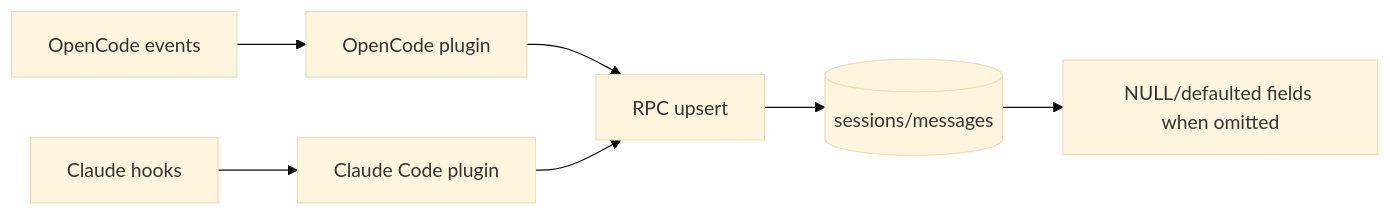
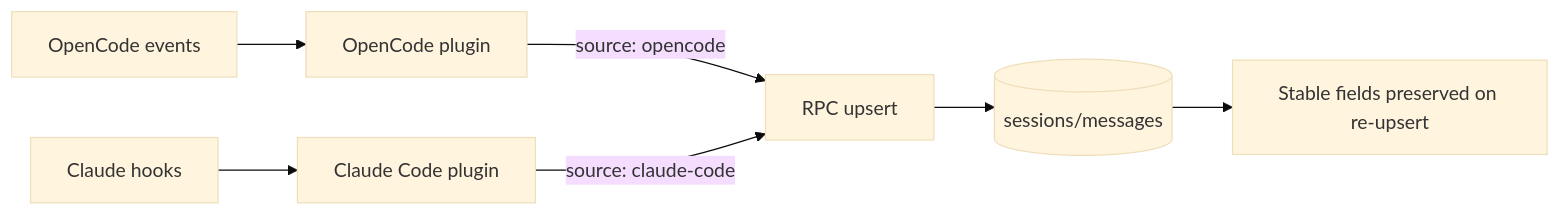
One commit to dxta-dev/clankers changed the diagram in lode/data-model/data-gaps.md. Above: the diagram before and after it, drawn with Mermaid (base theme). The commit also changed other lines of this file and 8 other files, not shown here.

````diff
--- a/lode/data-model/data-gaps.md
+++ b/lode/data-model/data-gaps.md
@@ -76,9 +78,9 @@
 ```mermaid
 flowchart LR
   OpenCode[OpenCode events] --> OCPlugin[OpenCode plugin]
   Claude[Claude hooks] --> CCPlugin[Claude Code plugin]
-  OCPlugin --> Rpc[RPC upsert]
-  CCPlugin --> Rpc
+  OCPlugin -->|source: opencode| Rpc[RPC upsert]
+  CCPlugin -->|source: claude-code| Rpc
   Rpc --> SQLite[(sessions/messages)]
-  SQLite --> Gaps[NULL/defaulted fields when omitted]
+  SQLite --> Preserved[Stable fields preserved on re-upsert]
 ```
````
